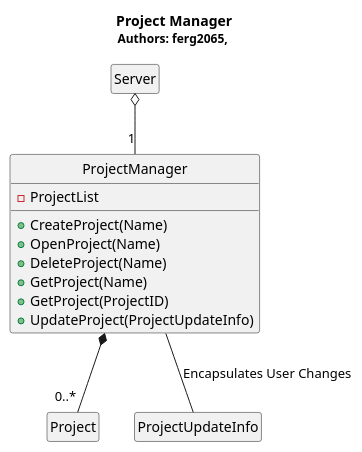
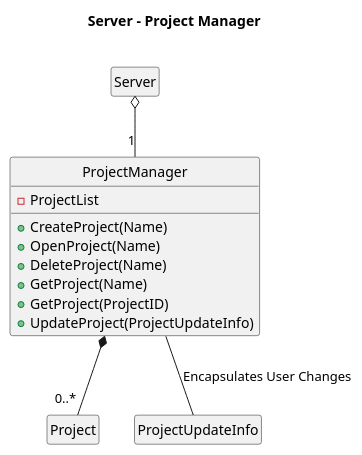
The diagram in hw3/Server/server_projectmanager.pu (voxelv/sQuire_kw), drawn with PlantUML before and after one commit. The commit also changed 22 other files, not shown here.

```diff
--- a/hw3/Server/server_projectmanager.pu
+++ b/hw3/Server/server_projectmanager.pu
@@ -1,26 +1,26 @@
 @startuml
 hide circle
 hide empty members
 
-Title <b>Project Manager</b>\n<size:12>Authors: ferg2065, </size>
+Title <b>Server - Project Manager</b>\n
 
 class "Server" as sqs
 class "ProjectManager" as sqs_pr_m{
 	-ProjectList
 	+CreateProject(Name)
 	+OpenProject(Name)
 	+DeleteProject(Name)
 	+GetProject(Name)
 	+GetProject(ProjectID)
 	+UpdateProject(ProjectUpdateInfo)
 	}
 class "Project" as sqs_pr
 class "ProjectUpdateInfo" as sqs_pr_ui
 
 
 sqs o-- "1" sqs_pr_m  
 sqs_pr_m -- sqs_pr_ui : Encapsulates User Changes
 sqs_pr_m *-- "0..*" sqs_pr 
 
 
 @enduml
```
